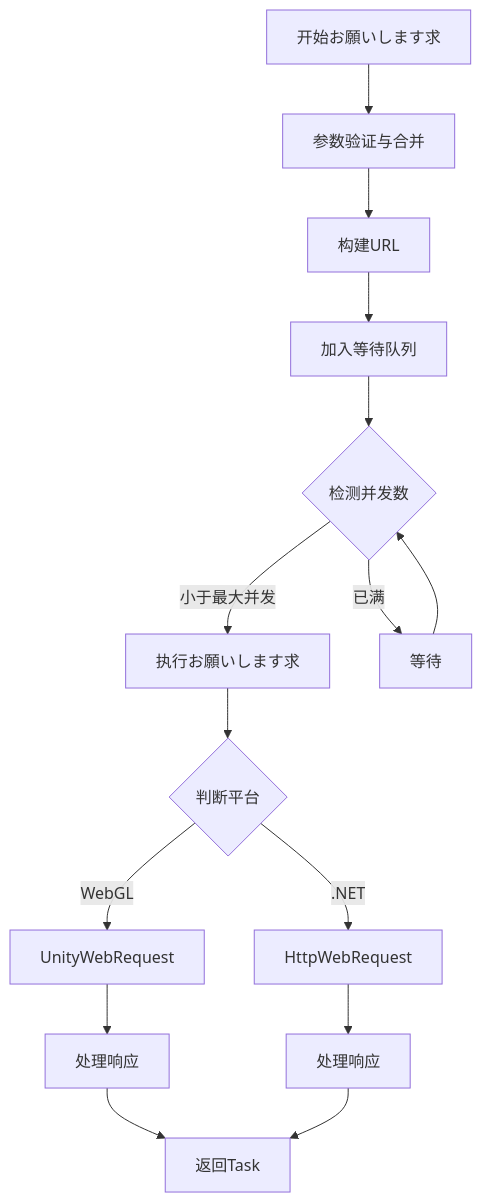
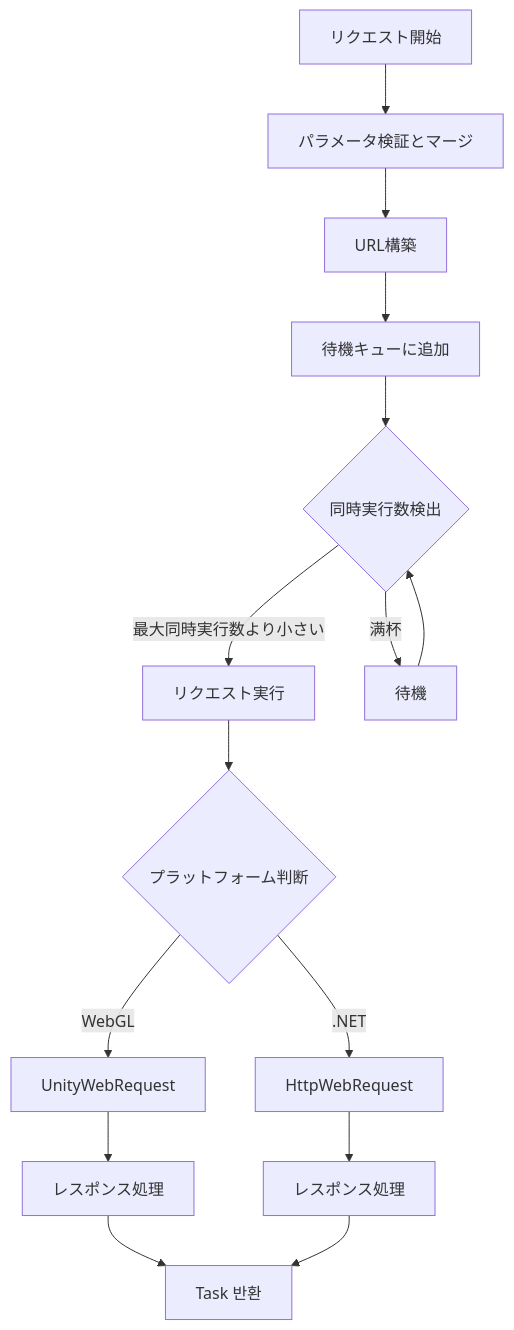
The second of 2 diagrams in docs/ja/client/unity/component/web/04.iwebmanager-interface.md (AlianBlank/GameFrameX.Docs), drawn with Mermaid before and after one commit. The commit also changed other lines of this file and 320 other files, not shown here.

````diff
--- a/docs/ja/client/unity/component/web/04.iwebmanager-interface.md
+++ b/docs/ja/client/unity/component/web/04.iwebmanager-interface.md
@@ -65,17 +65,17 @@
 ```mermaid
 flowchart TD
-    Start[开始お願いします求] --> Validate[参数验证与合并]
-    Validate --> UrlBuild[构建URL]
-    UrlBuild --> Queue[加入等待队列]
-    Queue --> Check{检测并发数}
-    Check -->|小于最大并发| Execute[执行お願いします求]
-    Check -->|已满| Wait[等待]
-    Execute --> Platform{判断平台}
+    Start[リクエスト開始] --> Validate[パラメータ検証とマージ]
+    Validate --> UrlBuild[URL構築]
+    UrlBuild --> Queue[待機キューに追加]
+    Queue --> Check{同時実行数検出}
+    Check -->|最大同時実行数より小さい| Execute[リクエスト実行]
+    Check -->|满杯| Wait[待機]
+    Execute --> Platform{プラットフォーム判断}
     Platform -->|WebGL| WebGL[UnityWebRequest]
     Platform -->|.NET| DotNet[HttpWebRequest]
-    WebGL --> Response1[处理响应]
-    DotNet --> Response2[处理响应]
-    Response1 --> Complete[返回Task]
+    WebGL --> Response1[レスポンス処理]
+    DotNet --> Response2[レスポンス処理]
+    Response1 --> Complete[Task 반환]
     Response2 --> Complete
     Wait --> Check
 ```
````
